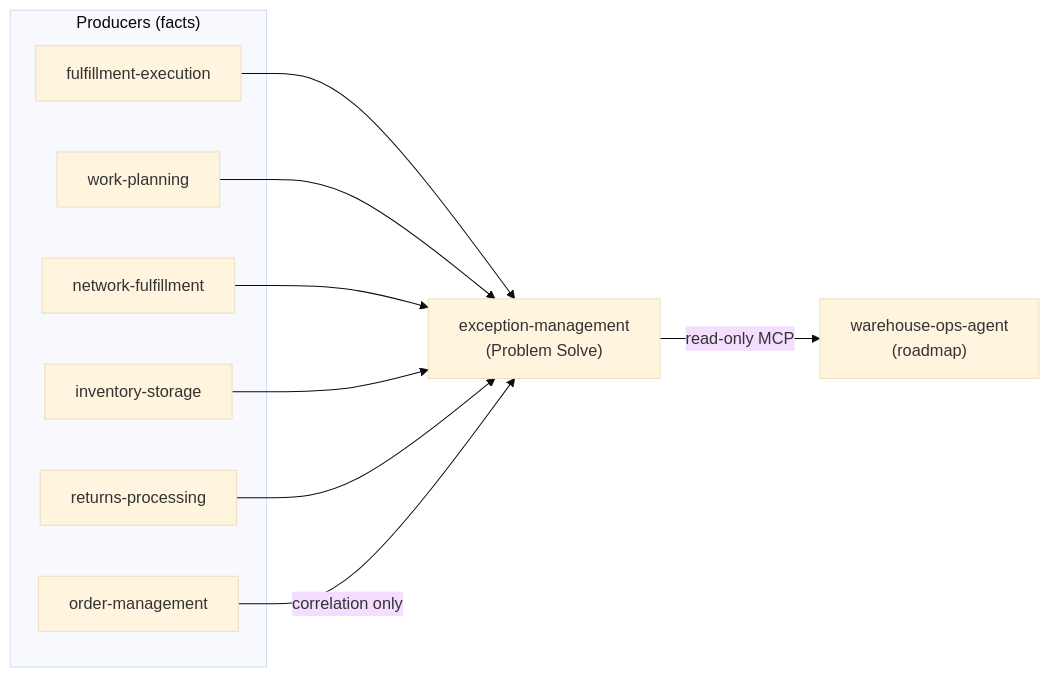
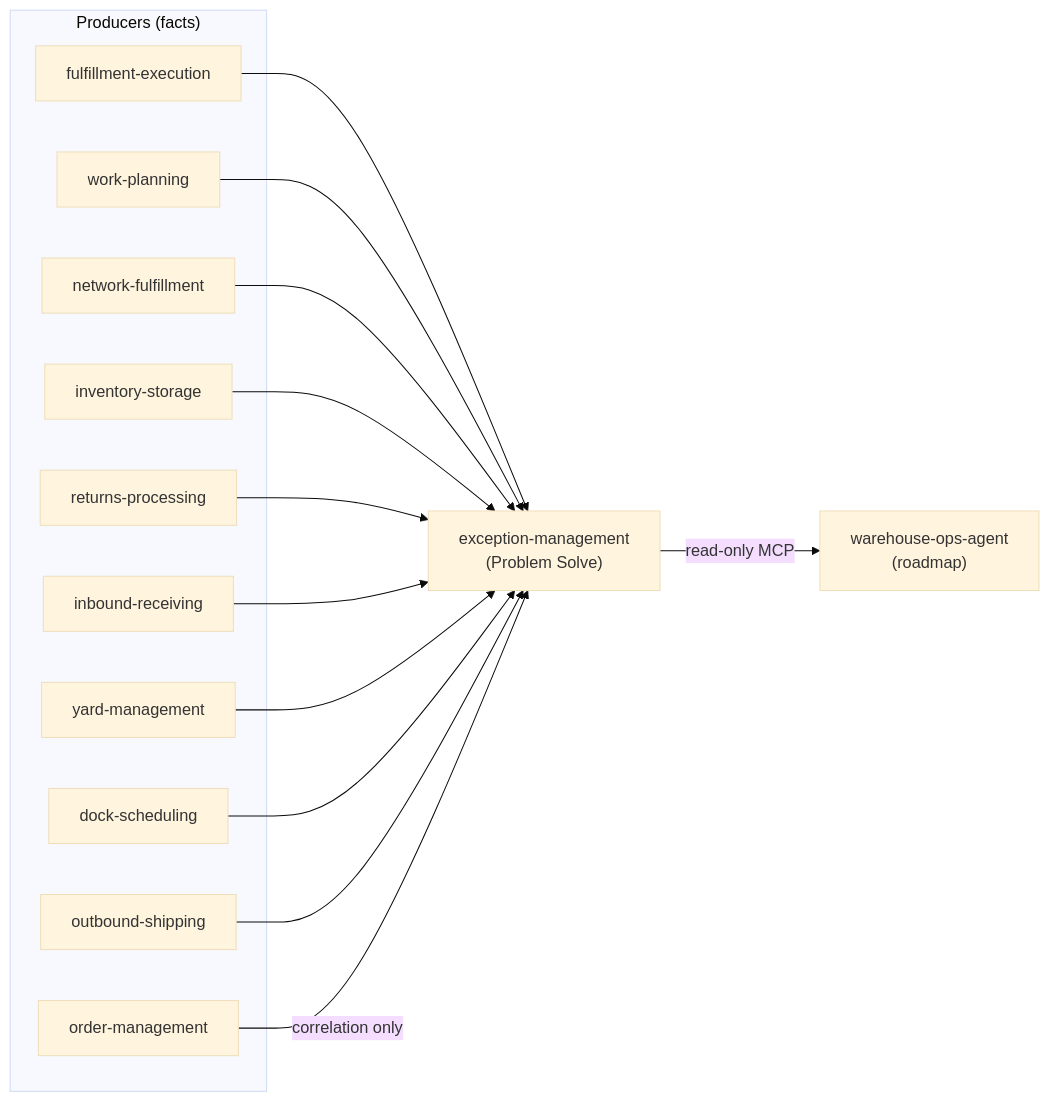
One commit to IQVO/exception-management changed the diagram in docs/docs/overview/introduction.md. Above: the diagram before and after it, drawn with Mermaid (base theme). The commit also changed other lines of this file and 16 other files, not shown here.

````diff
--- a/docs/docs/overview/introduction.md
+++ b/docs/docs/overview/introduction.md
@@ -35,20 +36,28 @@
 ```mermaid
 flowchart LR
   subgraph producers["Producers (facts)"]
     FE["fulfillment-execution"]
     WP["work-planning"]
     NF["network-fulfillment"]
     INV["inventory-storage"]
     RET["returns-processing"]
+    IR["inbound-receiving"]
+    YM["yard-management"]
+    DS["dock-scheduling"]
+    OS["outbound-shipping"]
     OM["order-management"]
   end
   EM["exception-management\n(Problem Solve)"]
   OA["warehouse-ops-agent\n(roadmap)"]
   FE --> EM
   WP --> EM
   NF --> EM
   INV --> EM
   RET --> EM
+  IR --> EM
+  YM --> EM
+  DS --> EM
+  OS --> EM
   OM -- "correlation only" --> EM
   EM -- "read-only MCP" --> OA
 ```
````
